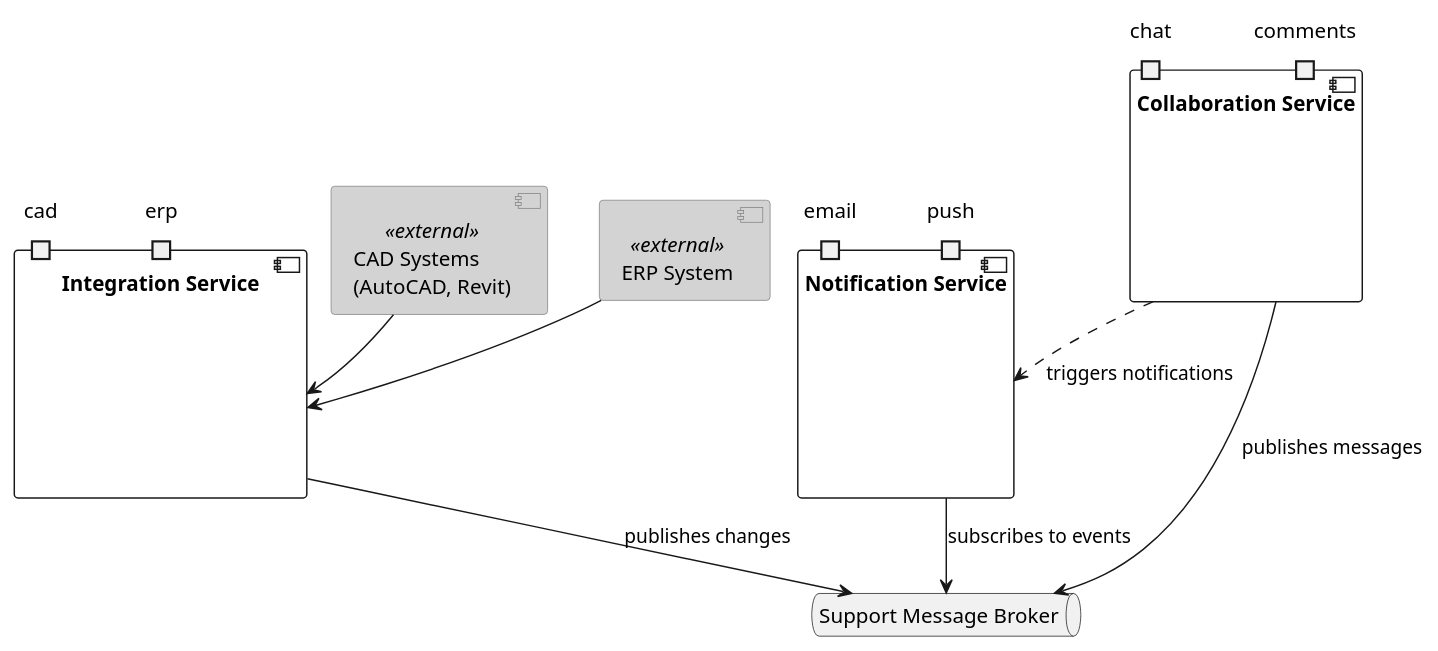
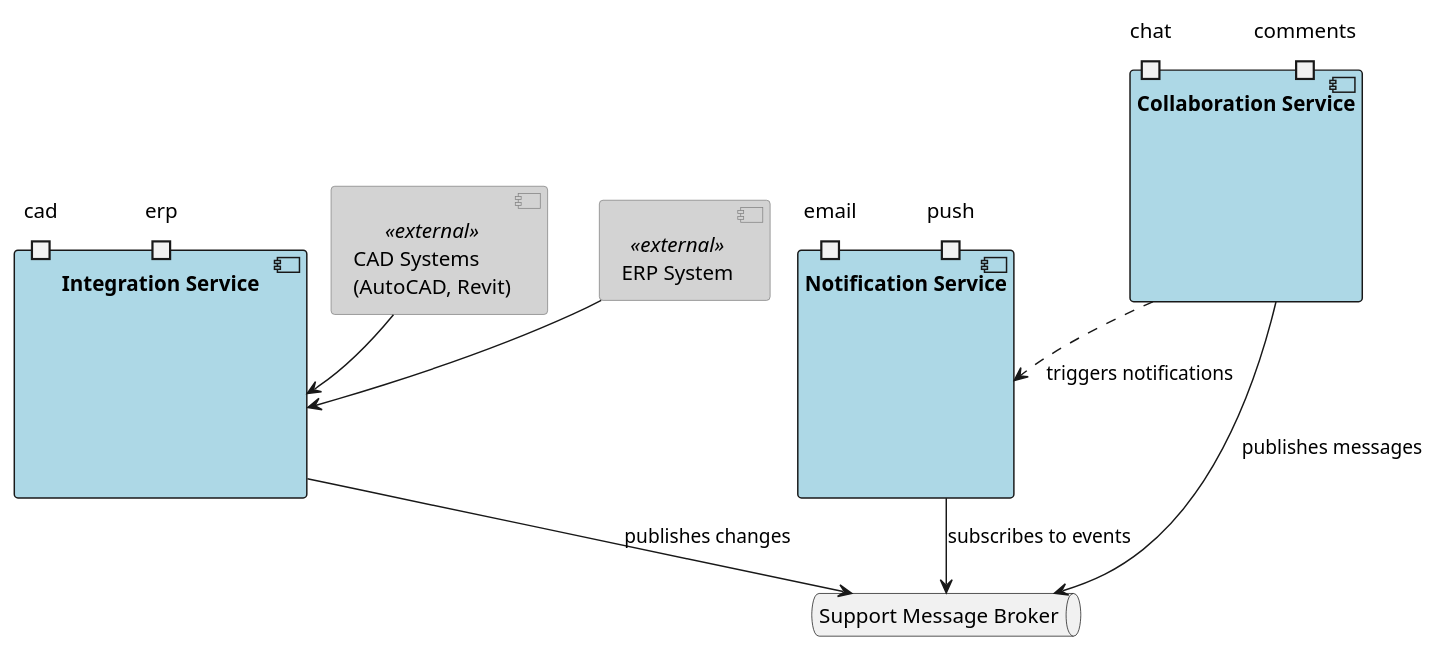
Before and after one commit to pressla/architecture: the diagram in docs/support-services.md, drawn with PlantUML. The commit also changed 4 other files, not shown here.

````diff
--- a/docs/support-services.md
+++ b/docs/support-services.md
@@ -7,43 +7,43 @@
 ```plantuml
 @startuml Support Services Architecture
 
 skinparam component {
     BackgroundColor<<external>> LightGray
     BorderColor<<external>> Gray
 }
 
 ' External Systems
-component "CAD Systems\n(AutoCAD, Revit)" <<external>> as CAD
+component "CAD Systems\n(AutoCAD, Revit)" <<external>> as CAD 
 component "ERP System" <<external>> as ERP
 
 ' Support Services
-component "Collaboration Service" as collabService {
+component "Collaboration Service" as collabService #lightblue {
     port "chat" as chatPort
     port "comments" as commentPort
 }
 
-component "Notification Service" as notifyService {
+component "Notification Service" as notifyService #lightblue  {
     port "email" as emailPort
     port "push" as pushPort
 }
 
-component "Integration Service" as integrationService {
+component "Integration Service" as integrationService #lightblue {
     port "cad" as cadPort
     port "erp" as erpPort
 }
 
 ' Infrastructure Components
 queue "Support Message Broker" as supportBroker
 
 ' Connections
 CAD --> integrationService
 ERP --> integrationService
 
 integrationService --> supportBroker : "publishes changes"
 notifyService --> supportBroker : "subscribes to events"
 collabService --> supportBroker : "publishes messages"
 
 collabService ..> notifyService : "triggers notifications"
 
 @enduml
 ```
````
